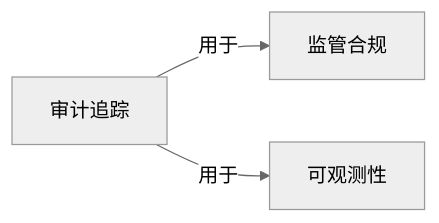
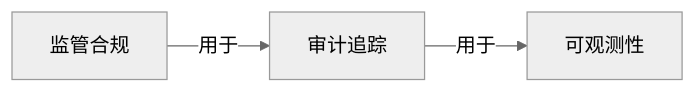
Before and after one commit to yibie/claude-best-practices-zh: the diagram in wiki/审计追踪.md, drawn with Mermaid (neutral theme). The commit also changed other lines of this file and 407 other files, not shown here.

Commit message:
feat: DeepSeek 三遍审校（译文/关系/图谱）+ 可部署静态站点

````diff
--- a/wiki/审计追踪.md
+++ b/wiki/审计追踪.md
@@ -44,6 +45,6 @@
 ```mermaid
 graph LR
   C["审计追踪"]
-  C -->|用于| N0["监管合规"]
-  C -->|用于| N1["可观测性"]
+  C -->|用于| N0["可观测性"]
+  N1["监管合规"] -->|用于| C
 ```
````
